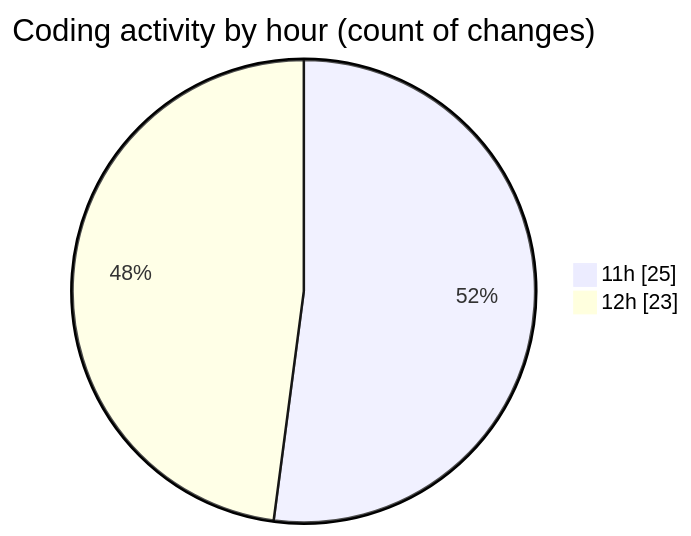
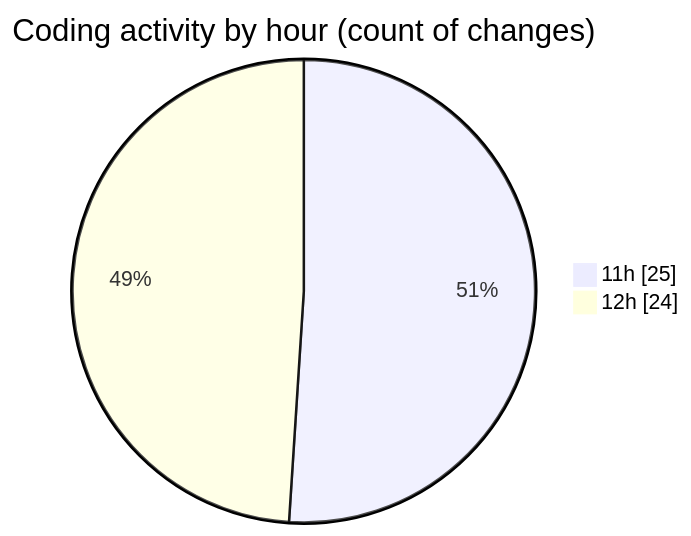
Before and after one commit to MatusMokan/code-tracking: the second of 2 diagrams in 2025-04-12/myws__workspace_/README.md, drawn with Mermaid. The commit also changed other lines of this file and 1 other file, not shown here.

````diff
--- a/2025-04-12/myws__workspace_/README.md
+++ b/2025-04-12/myws__workspace_/README.md
@@ -30,6 +30,6 @@
 ```mermaid
 pie showData
 title Coding activity by hour (count of changes)
 "11h" : 25
-"12h" : 23
+"12h" : 24
 ```
````
